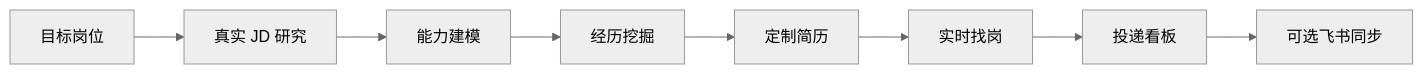
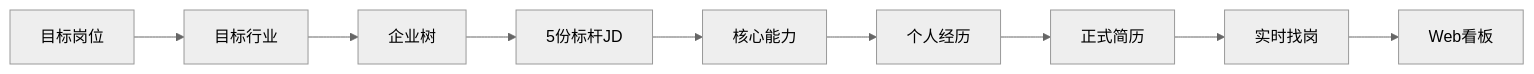
The diagram in docs/README.zh-CN.md (5JjiaLin/JobHuntBot), drawn with Mermaid (neutral theme) before and after one commit. The commit also changed other lines of this file and 18 other files, not shown here.

````diff
--- a/docs/README.zh-CN.md
+++ b/docs/README.zh-CN.md
@@ -17,10 +15,11 @@
 ```mermaid
 flowchart LR
-    A[目标岗位] --> B[真实 JD 研究]
-    B --> C[能力建模]
-    C --> D[经历挖掘]
-    D --> E[定制简历]
-    E --> F[实时找岗]
-    F --> G[投递看板]
-    G --> H[可选飞书同步]
+    A[目标岗位] --> B[目标行业]
+    B --> C[企业树]
+    C --> D[5份标杆JD]
+    D --> E[核心能力]
+    E --> F[个人经历]
+    F --> G[正式简历]
+    G --> H[实时找岗]
+    H --> I[Web看板]
 ```
````
